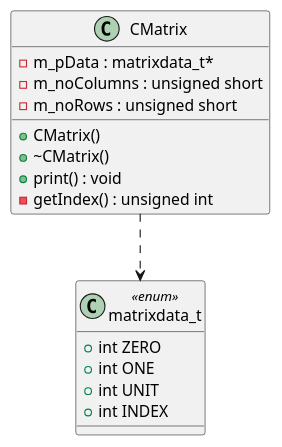
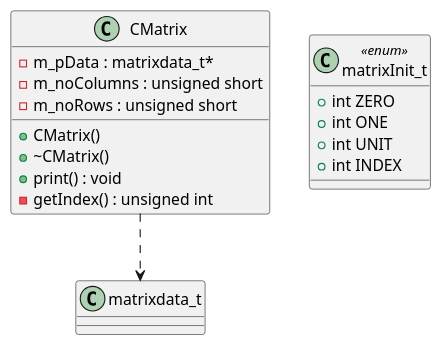
Diagram 15 of 42 in UML diagrams.md (Alexander-Wilms/Advanced-Programming-Techniques), drawn with PlantUML before and after one commit. The commit also changed other lines of this file and 35 other files, not shown here.

Commit message:
Further work on 'UML diagrams.md'

````diff
--- a/UML diagrams.md
+++ b/UML diagrams.md
@@ -911,23 +927,23 @@
 ```plantuml
 @startuml
 class CMatrix {
  	- m_pData : matrixdata_t* 
  	- m_noColumns : unsigned short
  	- m_noRows : unsigned short
 
  	+ CMatrix()
  	+ ~CMatrix()
  	+ print() : void
  	- getIndex() : unsigned int
 }
-class matrixdata_t << enum >> {
+class matrixInit_t << enum >> {
  	+ int ZERO
  	+ int ONE
  	+ int UNIT
  	+ int INDEX
 }
 
 CMatrix ..> matrixdata_t
 
 @enduml
 ```
````
